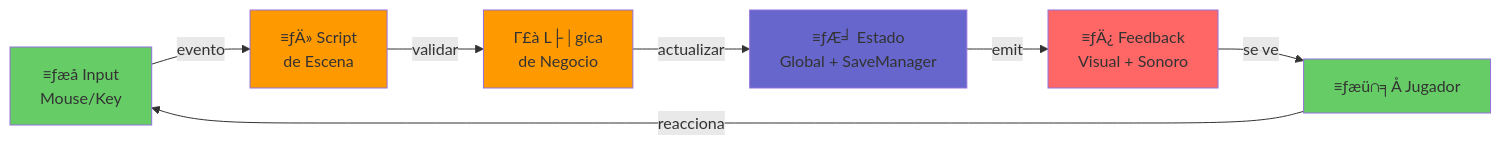
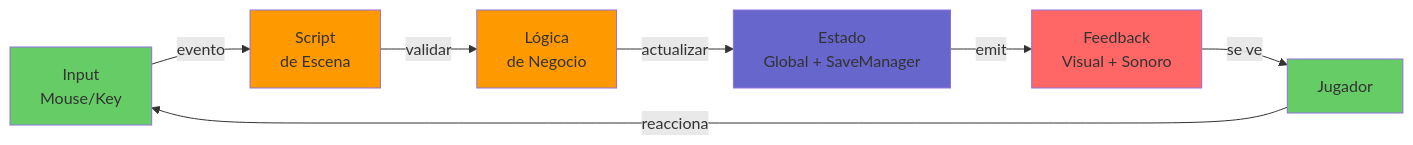
Before and after one commit to TTIP-e-vidente/e-vidente: the second of 2 diagrams in wiki/Architecture.md, drawn with Mermaid. The commit also changed other lines of this file and 9 other files, not shown here.

````diff
--- a/wiki/Architecture.md
+++ b/wiki/Architecture.md
@@ -105,15 +105,15 @@
 ```mermaid
 flowchart LR
-    A["≡ƒæå Input<br/>Mouse/Key"] -->|evento| B["≡ƒÄ» Script<br/>de Escena"]
-    B -->|validar| C["Γ£à L├│gica<br/>de Negocio"]
-    C -->|actualizar| D["≡ƒÆ╛ Estado<br/>Global + SaveManager"]
-    D -->|emit| E["≡ƒÄ¿ Feedback<br/>Visual + Sonoro"]
-    E -->|se ve| F["≡ƒæü∩╕Å Jugador"]
+    A[" Input<br/>Mouse/Key"] -->|evento| B[" Script<br/>de Escena"]
+    B -->|validar| C[" Lógica<br/>de Negocio"]
+    C -->|actualizar| D[" Estado<br/>Global + SaveManager"]
+    D -->|emit| E[" Feedback<br/>Visual + Sonoro"]
+    E -->|se ve| F[" Jugador"]
     F -->|reacciona| A
     style A fill:#66cc66
     style B fill:#ff9900
     style C fill:#ff9900
     style D fill:#6666cc
     style E fill:#ff6666
     style F fill:#66cc66
 ```
````
